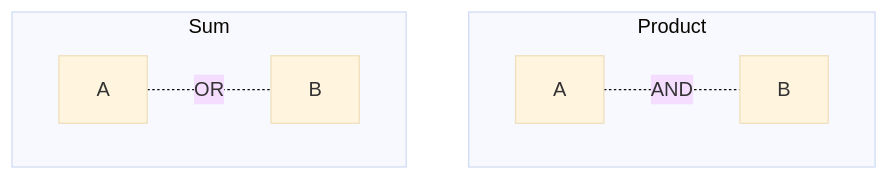
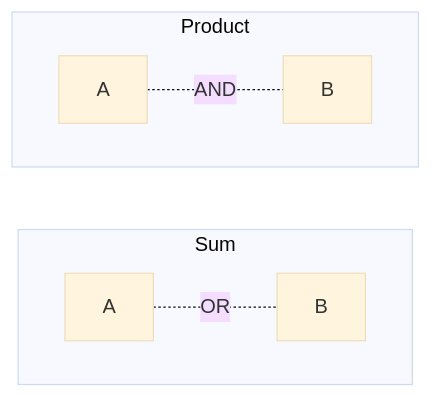
Before and after one commit to dataslope/dataslope: the first of 2 diagrams in content/courses/functional-programming-typescript/algebraic-data-types.mdx, drawn with Mermaid (base theme). The commit also changed 106 other files, not shown here.

````diff
--- a/content/courses/functional-programming-typescript/algebraic-data-types.mdx
+++ b/content/courses/functional-programming-typescript/algebraic-data-types.mdx
@@ -23,11 +23,12 @@
 ```mermaid
 flowchart TD
     subgraph Product
       direction LR
       A1["A"] -.AND.- B1["B"]
     end
     subgraph Sum
       direction LR
       A2["A"] -.OR.- B2["B"]
     end
+    Product ~~~ Sum
 ```
````
